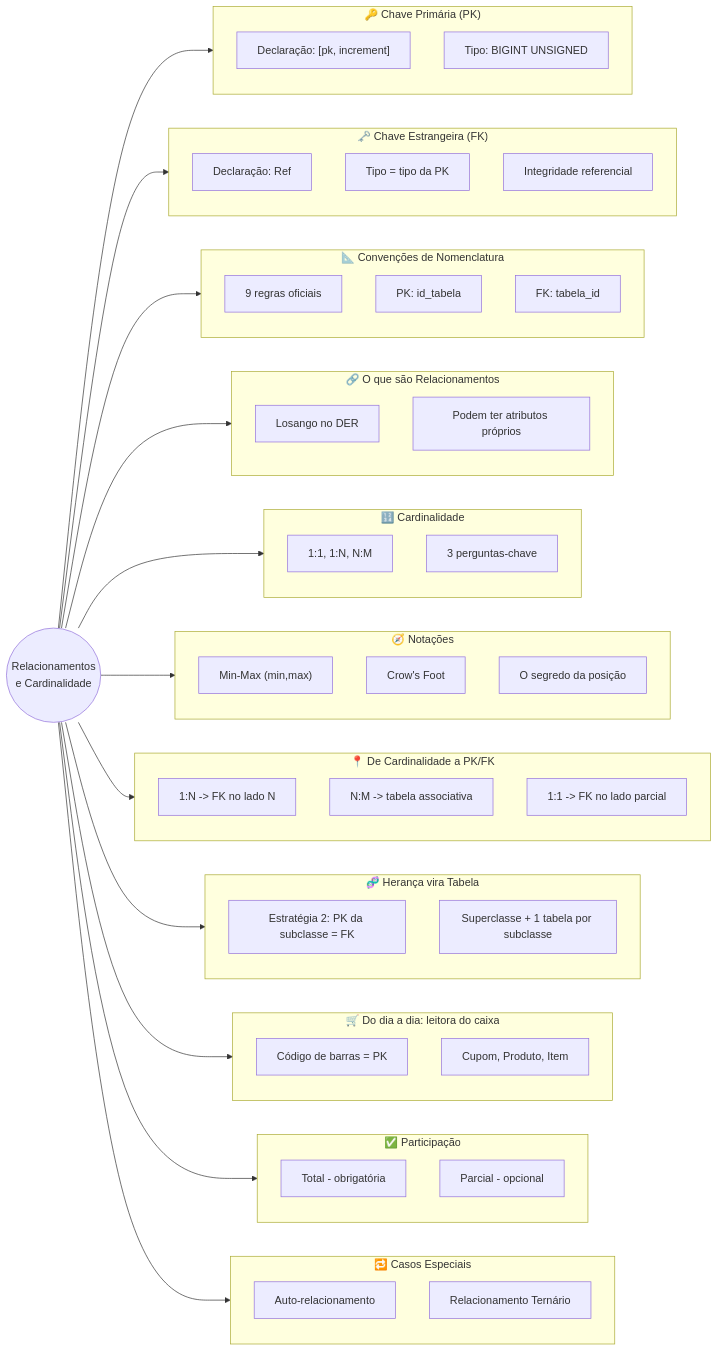
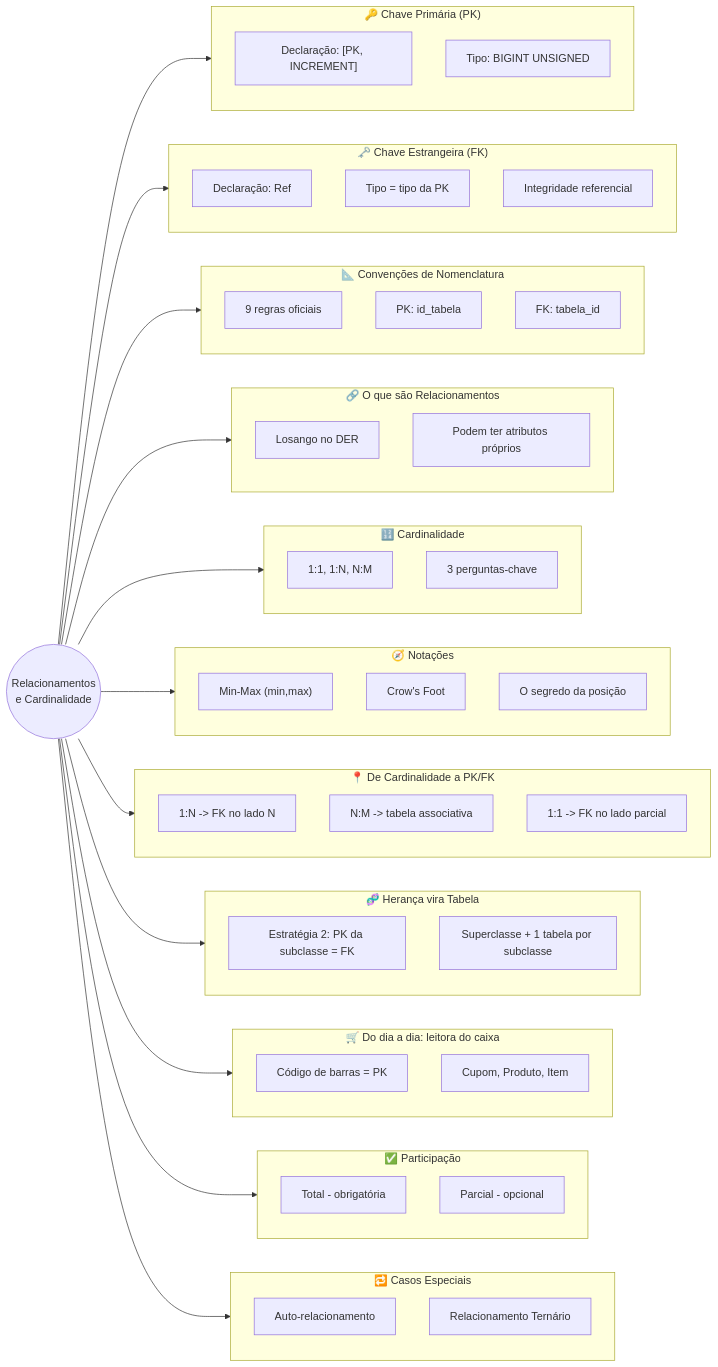
One commit to GTI-Fatec-Jahu/BDA-GTI-2026-2 changed the first of 13 diagrams in docs/aulas/Aula_03_Relacionamentos_Cardinalidade.md. Above: the diagram before and after it, drawn with Mermaid. The commit also changed other lines of this file and 5 other files, not shown here.

```diff
--- a/docs/aulas/Aula_03_Relacionamentos_Cardinalidade.md
+++ b/docs/aulas/Aula_03_Relacionamentos_Cardinalidade.md
@@ -32,7 +32,7 @@
     ROOT --> T1
     subgraph T1["🔑 Chave Primária (PK)"]
         direction TB
-        T1A["Declaração: [pk, increment]"]
+        T1A["Declaração: [PK, INCREMENT]"]
         T1B["Tipo: BIGINT UNSIGNED"]
     end
 
```
